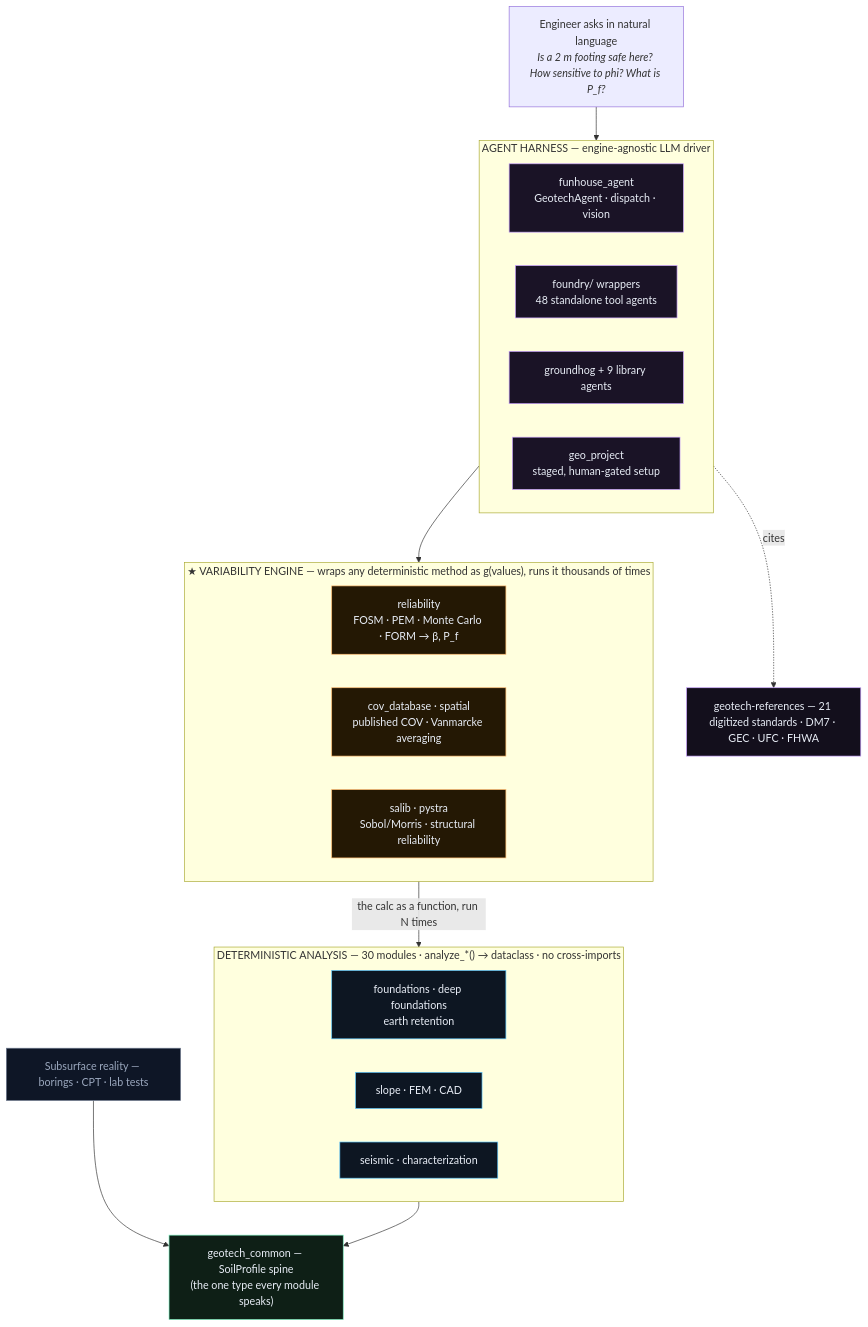
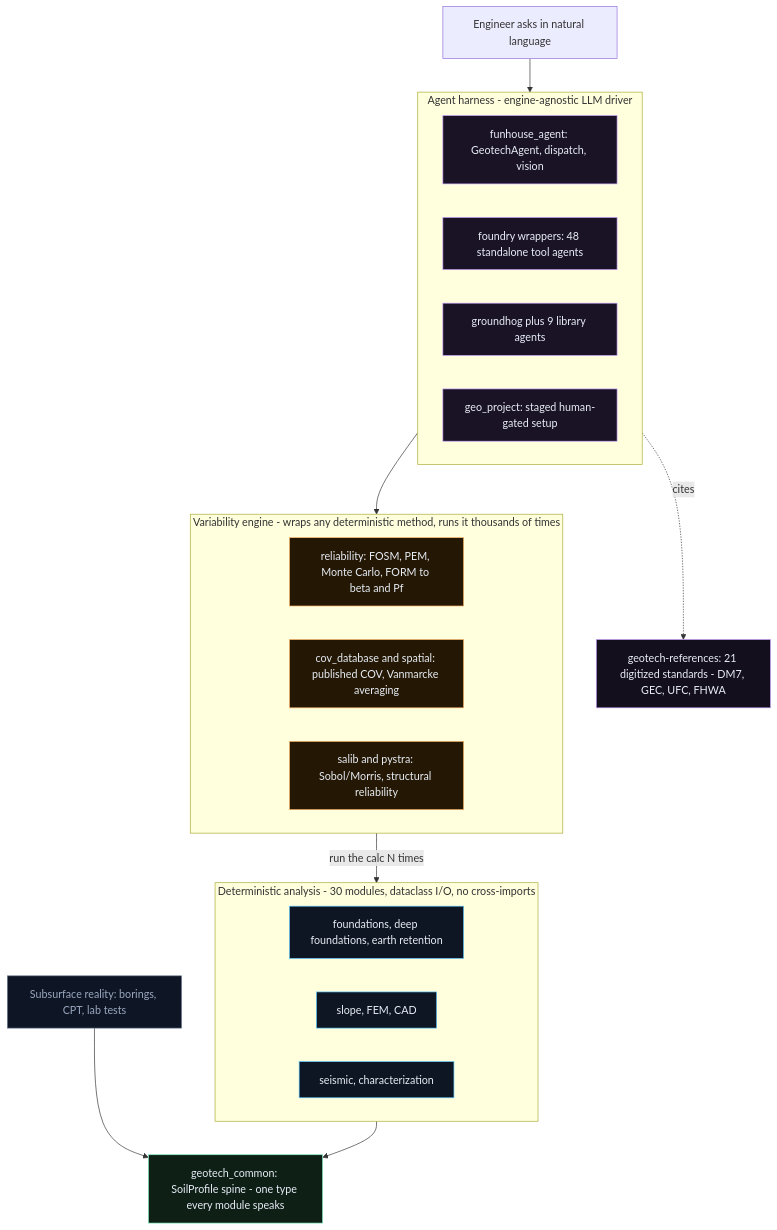
The diagram in README.md (soconnell345-geotech/GeotechStaffEngineer), drawn with Mermaid before and after one commit.

Commit message:
Fix Mermaid diagram render on GitHub
GitHub's Mermaid renderer failed ("Cannot read properties of undefined").
Rewrite the architecture diagram with ASCII-only labels (no star/arrow/
beta/middle-dot), quoted-bracket node labels, no nested direction or HTML
tags, and canonical -->|label| / -.->|label| edge syntax.

````diff
--- a/README.md
+++ b/README.md
@@ -48,50 +48,47 @@
 ```mermaid
 flowchart TB
-    ENG["Engineer asks in natural language<br/><i>Is a 2 m footing safe here? How sensitive to phi? What is P_f?</i>"]
+    ENG["Engineer asks in natural language"]
 
-    subgraph AGENT["AGENT HARNESS — engine-agnostic LLM driver"]
-        direction LR
-        FA["funhouse_agent<br/>GeotechAgent · dispatch · vision"]
-        FD["foundry/ wrappers<br/>48 standalone tool agents"]
-        LIB["groundhog + 9 library agents"]
-        GP["geo_project<br/>staged, human-gated setup"]
+    subgraph AGENT["Agent harness - engine-agnostic LLM driver"]
+        FA["funhouse_agent: GeotechAgent, dispatch, vision"]
+        FD["foundry wrappers: 48 standalone tool agents"]
+        LIB["groundhog plus 9 library agents"]
+        GP["geo_project: staged human-gated setup"]
     end
 
-    subgraph VAR["★ VARIABILITY ENGINE — wraps any deterministic method as g(values), runs it thousands of times"]
-        direction LR
-        REL["reliability<br/>FOSM · PEM · Monte Carlo · FORM → β, P_f"]
-        COV["cov_database · spatial<br/>published COV · Vanmarcke averaging"]
-        SENS["salib · pystra<br/>Sobol/Morris · structural reliability"]
+    subgraph VAR["Variability engine - wraps any deterministic method, runs it thousands of times"]
+        REL["reliability: FOSM, PEM, Monte Carlo, FORM to beta and Pf"]
+        COV["cov_database and spatial: published COV, Vanmarcke averaging"]
+        SENS["salib and pystra: Sobol/Morris, structural reliability"]
     end
 
-    subgraph DET["DETERMINISTIC ANALYSIS — 30 modules · analyze_*() → dataclass · no cross-imports"]
-        direction LR
-        F["foundations · deep foundations<br/>earth retention"]
-        S["slope · FEM · CAD"]
-        SE["seismic · characterization"]
+    subgraph DET["Deterministic analysis - 30 modules, dataclass I/O, no cross-imports"]
+        F["foundations, deep foundations, earth retention"]
+        S["slope, FEM, CAD"]
+        SE["seismic, characterization"]
     end
 
-    SPINE["geotech_common — SoilProfile spine<br/>(the one type every module speaks)"]
-    REF["geotech-references — 21 digitized standards · DM7 · GEC · UFC · FHWA"]
-    GROUND["Subsurface reality — borings · CPT · lab tests"]
+    SPINE["geotech_common: SoilProfile spine - one type every module speaks"]
+    REF["geotech-references: 21 digitized standards - DM7, GEC, UFC, FHWA"]
+    GROUND["Subsurface reality: borings, CPT, lab tests"]
 
     ENG --> AGENT
     AGENT --> VAR
-    VAR -->|the calc as a function, run N times| DET
+    VAR -->|run the calc N times| DET
     DET --> SPINE
-    AGENT -. cites .-> REF
+    AGENT -.->|cites| REF
     GROUND --> SPINE
 
-    classDef agent fill:#1a1326,stroke:#c8a0ff,color:#e8edf6;
-    classDef var fill:#241804,stroke:#ffb86b,color:#e8edf6;
-    classDef det fill:#0d1622,stroke:#5cc8ff,color:#e8edf6;
-    classDef spine fill:#0e1f16,stroke:#7df0c0,color:#e8edf6;
-    classDef ref fill:#130f1c,stroke:#c8a0ff,color:#e8edf6;
-    classDef ground fill:#0e1626,stroke:#6b778c,color:#9aa7bd;
-    class FA,FD,LIB,GP agent;
-    class REL,COV,SENS var;
-    class F,S,SE det;
-    class SPINE spine;
-    class REF ref;
-    class GROUND ground;
+    classDef agent fill:#1a1326,stroke:#c8a0ff,color:#e8edf6
+    classDef var fill:#241804,stroke:#ffb86b,color:#e8edf6
+    classDef det fill:#0d1622,stroke:#5cc8ff,color:#e8edf6
+    classDef spine fill:#0e1f16,stroke:#7df0c0,color:#e8edf6
+    classDef ref fill:#130f1c,stroke:#c8a0ff,color:#e8edf6
+    classDef ground fill:#0e1626,stroke:#6b778c,color:#9aa7bd
+    class FA,FD,LIB,GP agent
+    class REL,COV,SENS var
+    class F,S,SE det
+    class SPINE spine
+    class REF ref
+    class GROUND ground
 ```
````
